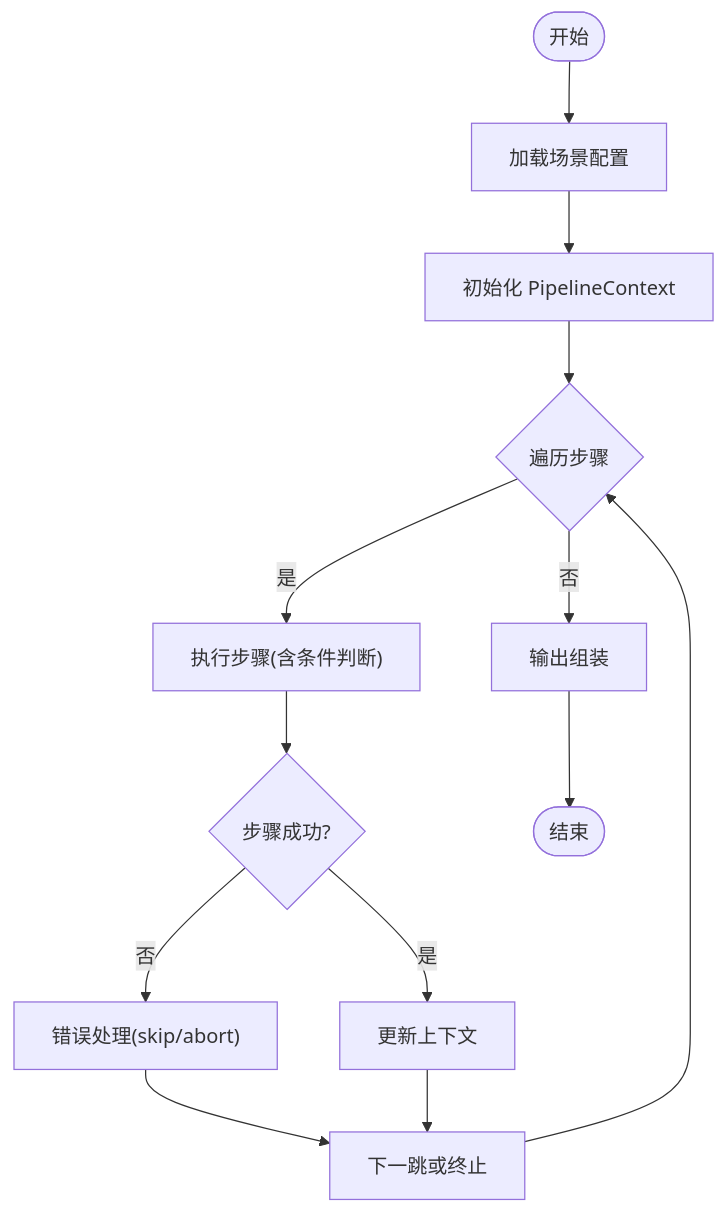
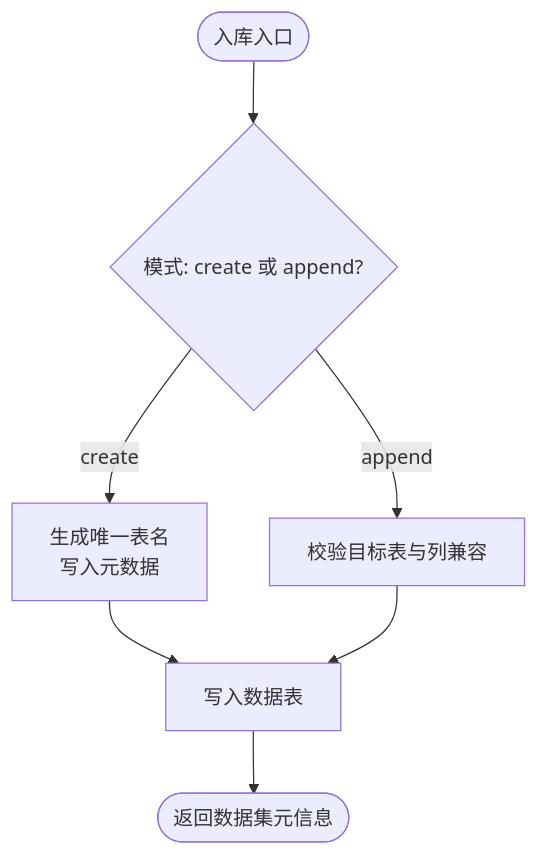
The third of 4 diagrams in .qoder/repowiki/zh/content/快速开始.md (liang996plus/qoder_cn), drawn with Mermaid before and after one commit. The commit also changed other lines of this file and 100 other files, not shown here.

````diff
--- a/.qoder/repowiki/zh/content/快速开始.md
+++ b/.qoder/repowiki/zh/content/快速开始.md
@@ -123,15 +247,9 @@
 ```mermaid
 flowchart TD
-Start(["开始"]) --> LoadCfg["加载场景配置"]
-LoadCfg --> InitCtx["初始化 PipelineContext"]
-InitCtx --> Loop{"遍历步骤"}
-Loop --> |是| ExecStep["执行步骤(含条件判断)"]
-ExecStep --> StepOK{"步骤成功?"}
-StepOK --> |否| HandleErr["错误处理(skip/abort)"]
-HandleErr --> NextStep["下一跳或终止"]
-StepOK --> |是| UpdateCtx["更新上下文"]
-UpdateCtx --> NextStep
-NextStep --> Loop
-Loop --> |否| Assemble["输出组装"]
-Assemble --> End(["结束"])
+Start(["入库入口"]) --> Mode{"模式: create 或 append?"}
+Mode --> |create| Create["生成唯一表名<br/>写入元数据"]
+Mode --> |append| Append["校验目标表与列兼容"]
+Create --> Write["写入数据表"]
+Append --> Write
+Write --> Done(["返回数据集元信息"])
 ```
````
